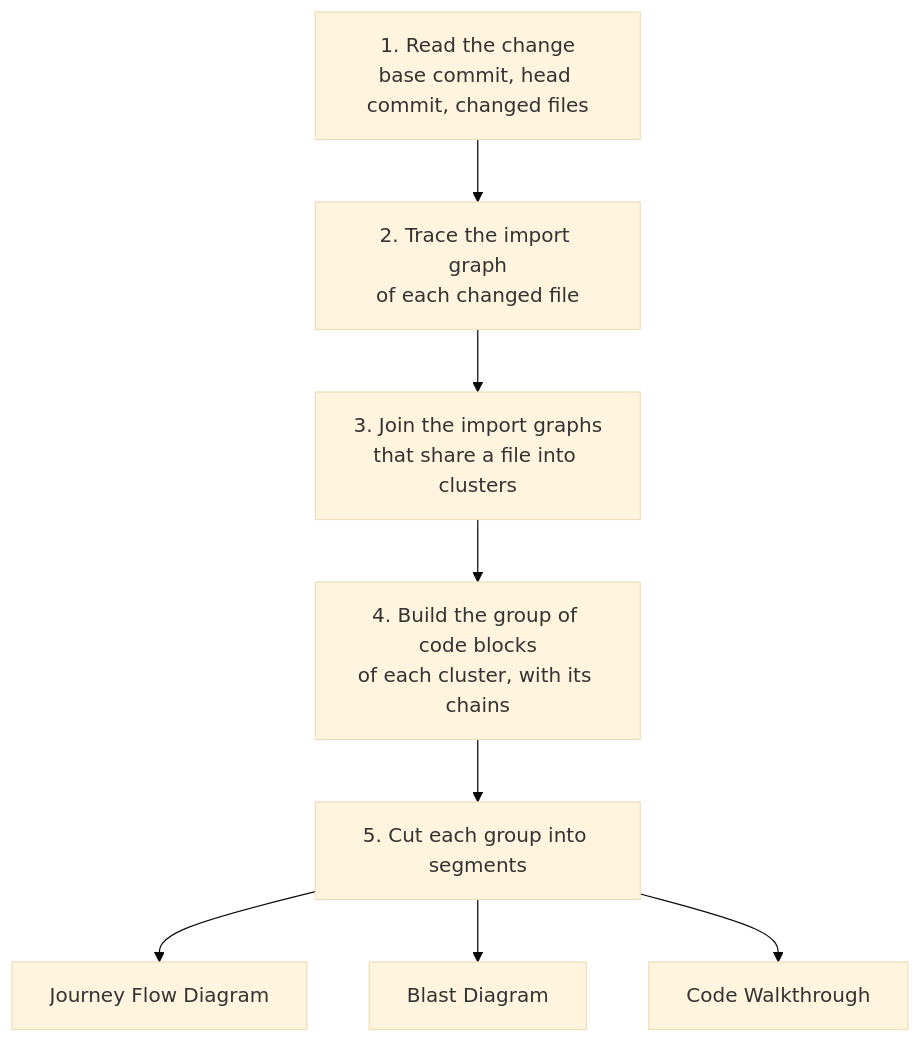
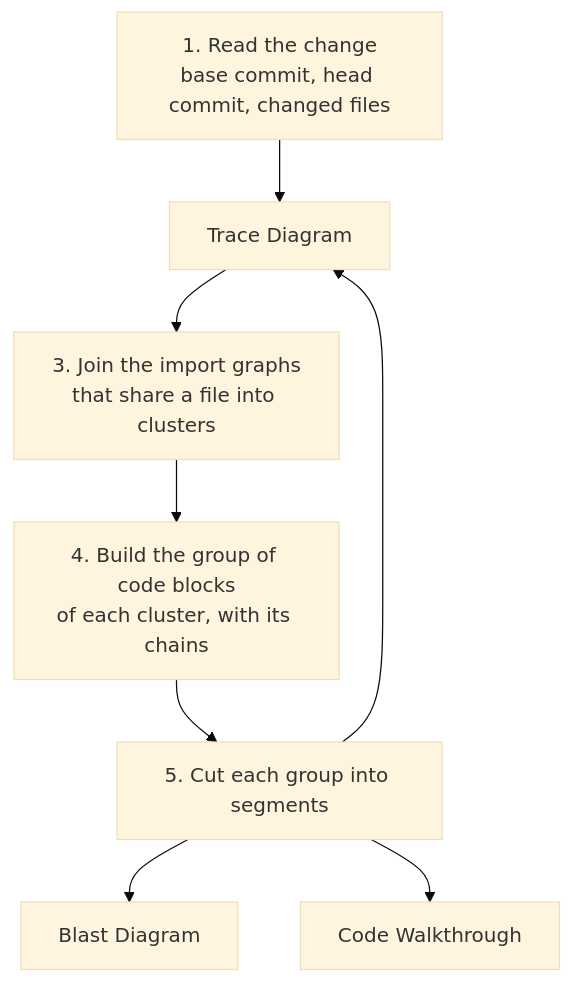
The first of 2 diagrams in docs/vocabulary/codegraph.md (kidlat-dakila/flight-plan), drawn with Mermaid (base theme) before and after one commit. The commit also changed other lines of this file and 303 other files, not shown here.

Commit message:
refactor: rename the Journey Flow Diagram to the Trace Diagram and the segment parts to traceDiagram and blastDiagram

````diff
--- a/docs/vocabulary/codegraph.md
+++ b/docs/vocabulary/codegraph.md
@@ -73,16 +73,16 @@
 ```mermaid
 flowchart TD
   change["1. Read the change<br/>base commit, head commit, changed files"]
   trace["2. Trace the import graph<br/>of each changed file"]
   cluster["3. Join the import graphs<br/>that share a file into clusters"]
   group["4. Build the group of code blocks<br/>of each cluster, with its chains"]
   cut["5. Cut each group into segments"]
-  journey["Journey Flow Diagram"]
+  trace["Trace Diagram"]
   blast["Blast Diagram"]
   walkthrough["Code Walkthrough"]
 
   change --> trace --> cluster --> group --> cut
-  cut --> journey
+  cut --> trace
   cut --> blast
   cut --> walkthrough
 ```
````
